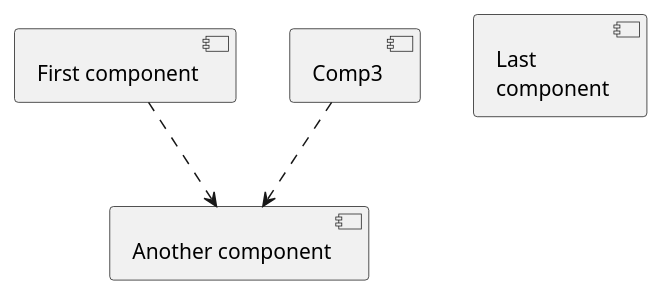
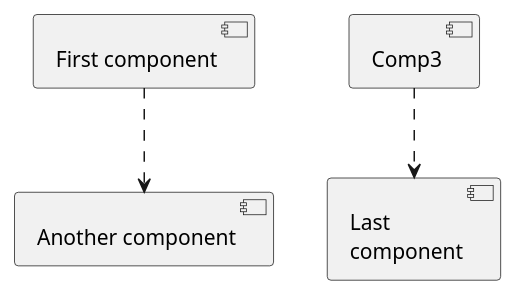
One commit to andysylvester/federated-bookshelves changed the diagram in domain/example-uml.iuml. Above: the diagram before and after it, drawn with PlantUML.

```diff
--- a/domain/example-uml.iuml
+++ b/domain/example-uml.iuml
@@ -1,13 +1,13 @@
 @startuml
 
 [First component]
 [Another component] as Comp2
 component Comp3
 component [Last\ncomponent] as Comp4
 
 [First component] ..> Comp2
-[Comp3] ..> Comp2
+[Comp3] ..> Comp4
 
 
 
 @enduml
```
